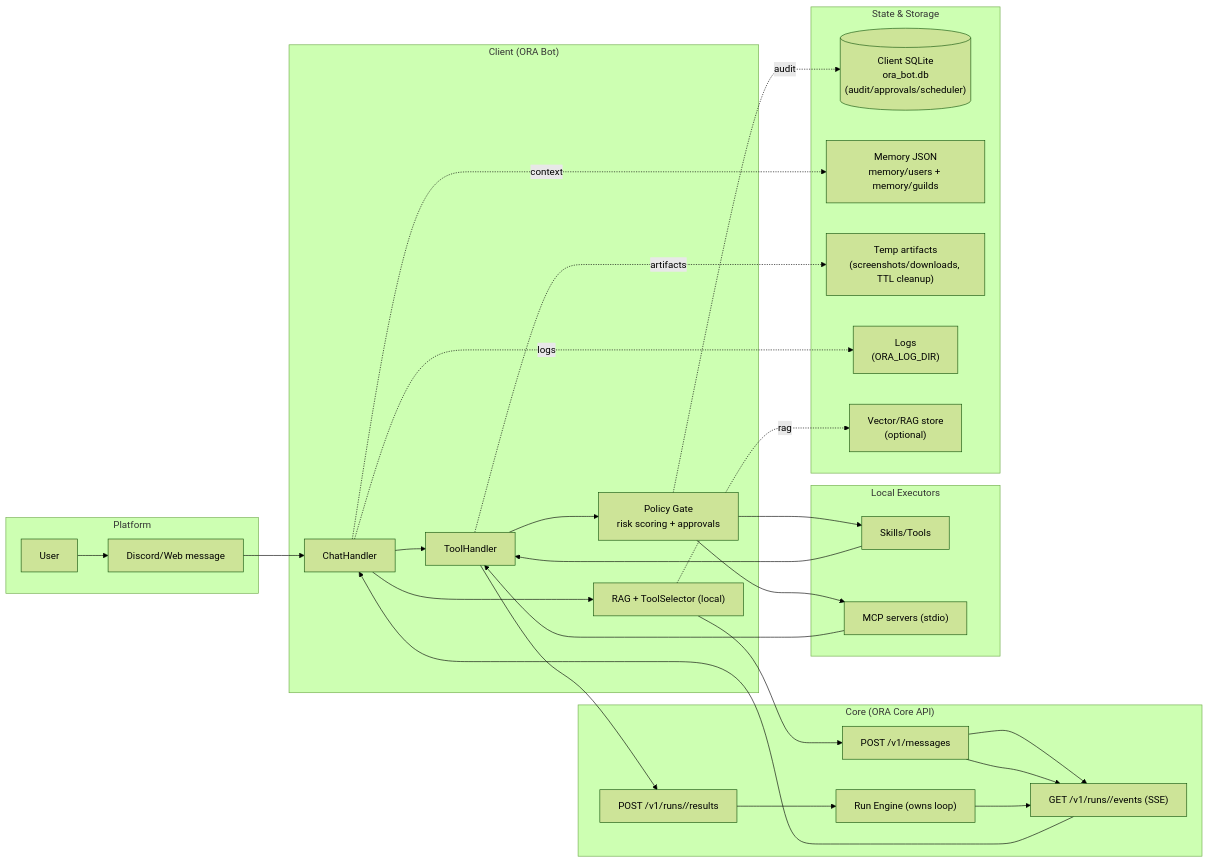
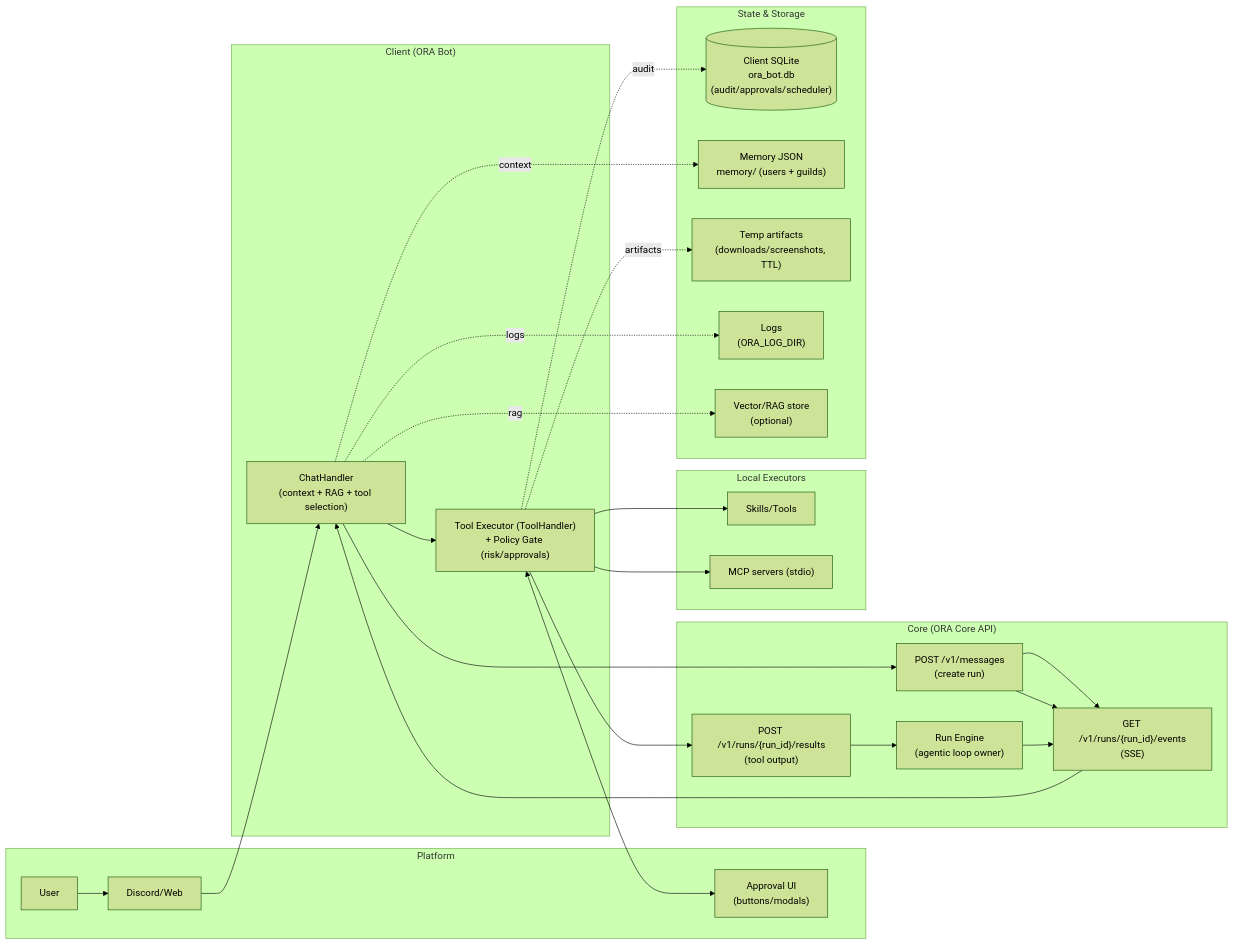
Before and after one commit to YoneRai12/ORA: the second of 3 diagrams in README.md, drawn with Mermaid (forest theme). The commit also changed other lines of this file and 1 other file, not shown here.

Commit message:
docs(diagrams): clarify tool executor, approvals, idempotency

````diff
--- a/README.md
+++ b/README.md
@@ -108,45 +116,45 @@
 ```mermaid
 flowchart LR
   subgraph L1["Platform"]
-    U["User"] --> P["Discord/Web message"]
+    U["User"] --> P["Discord/Web"]
+    APPROVE["Approval UI<br/>(buttons/modals)"]
   end
 
   subgraph L2["Client (ORA Bot)"]
-    CH["ChatHandler"]
-    RT["RAG + ToolSelector (local)"]
-    PG["Policy Gate<br/>risk scoring + approvals"]
-    TH["ToolHandler"]
+    CH["ChatHandler<br/>(context + RAG + tool selection)"]
+    EX["Tool Executor (ToolHandler)<br/>+ Policy Gate (risk/approvals)"]
   end
 
   subgraph L3["Core (ORA Core API)"]
-    MSG["POST /v1/messages"] --> EV["GET /v1/runs/<id>/events (SSE)"]
-    RES["POST /v1/runs/<id>/results"]
-    ENG["Run Engine (owns loop)"]
+    MSG["POST /v1/messages<br/>(create run)"] --> EV["GET /v1/runs/{run_id}/events<br/>(SSE)"]
+    RES["POST /v1/runs/{run_id}/results<br/>(tool output)"]
+    ENG["Run Engine<br/>(agentic loop owner)"]
   end
 
   subgraph L4["Local Executors"]
     TOOLS["Skills/Tools"]
     MCP["MCP servers (stdio)"]
   end
 
   subgraph L5["State & Storage"]
     DB1[("Client SQLite<br/>ora_bot.db<br/>(audit/approvals/scheduler)")]
-    MEM["Memory JSON<br/>memory/users + memory/guilds"]
-    ART["Temp artifacts<br/>(screenshots/downloads, TTL cleanup)"]
+    MEM["Memory JSON<br/>memory/ (users + guilds)"]
+    ART["Temp artifacts<br/>(downloads/screenshots, TTL)"]
     LOGS["Logs<br/>(ORA_LOG_DIR)"]
     VEC["Vector/RAG store<br/>(optional)"]
   end
 
-  P --> CH
-  CH --> RT --> MSG
-  MSG --> EV --> CH
-  CH --> TH --> PG
-  PG --> TOOLS --> TH --> RES --> ENG --> EV
-  PG --> MCP --> TH
+  P --> CH --> MSG
+  MSG --> EV --> CH --> EX
+  EX --> TOOLS
+  EX --> MCP
+  EX --> RES --> ENG --> EV
+
+  EX <--> APPROVE
 
   CH -.context.-> MEM
-  RT -.rag.-> VEC
-  PG -.audit.-> DB1
-  TH -.artifacts.-> ART
+  CH -.rag.-> VEC
+  EX -.audit.-> DB1
+  EX -.artifacts.-> ART
   CH -.logs.-> LOGS
 ```
````
